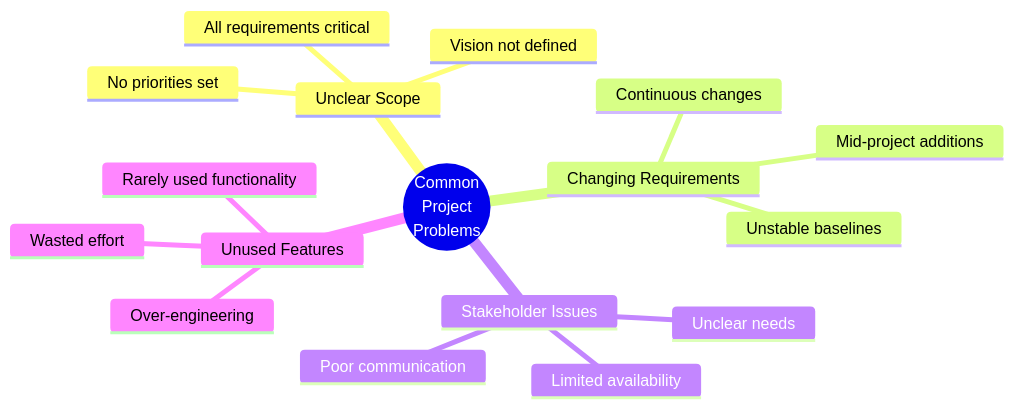
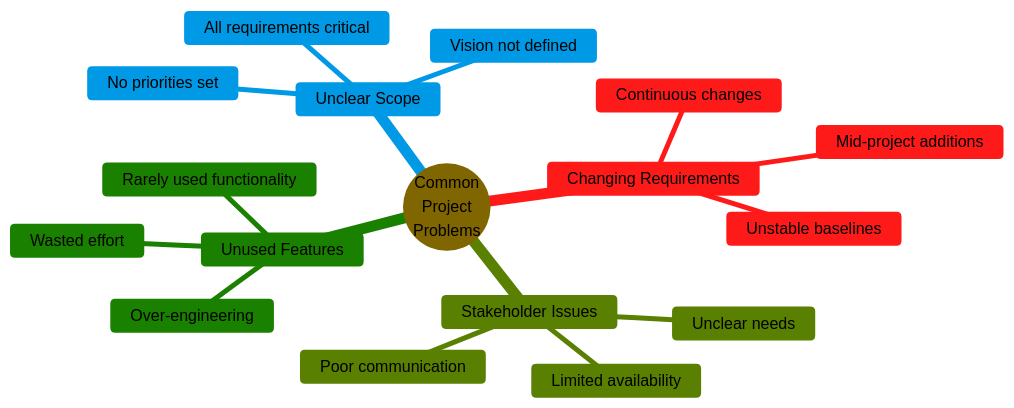
Before and after one commit to gitpavleenbali/DevOps-PPT-People-Processes-and-Tools: the first of 39 diagrams in Requirement Management/RequirementManagement.md, drawn with Mermaid. The commit also changed other lines of this file, not shown here.

Commit message:
Fix diagram text visibility

````diff
--- a/Requirement Management/RequirementManagement.md
+++ b/Requirement Management/RequirementManagement.md
@@ -54,20 +54,21 @@
 ```mermaid
+%%{init: {'theme':'base', 'themeVariables': { 'primaryColor':'#ffcc00','primaryTextColor':'#000','primaryBorderColor':'#000','lineColor':'#000','secondaryColor':'#66ccff','tertiaryColor':'#ff9999'}}}%%
 mindmap
   root((Common<br/>Project<br/>Problems))
     Unclear Scope
       Vision not defined
       No priorities set
       All requirements critical
     Changing Requirements
       Continuous changes
       Mid-project additions
       Unstable baselines
     Stakeholder Issues
       Limited availability
       Unclear needs
       Poor communication
     Unused Features
       Rarely used functionality
       Over-engineering
       Wasted effort
 ```
````
